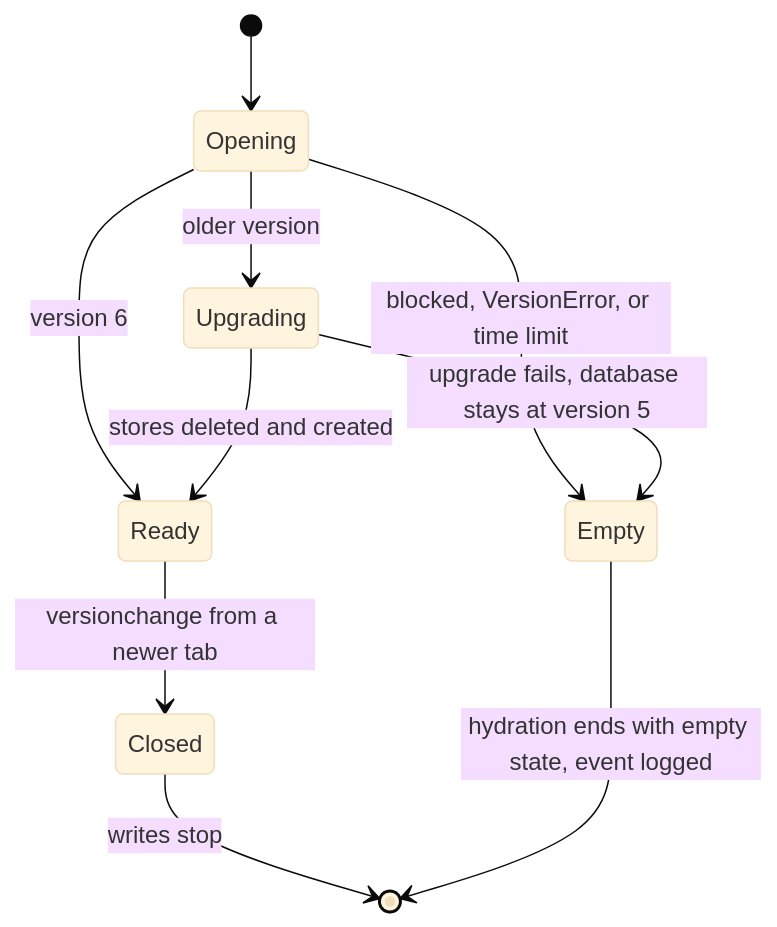
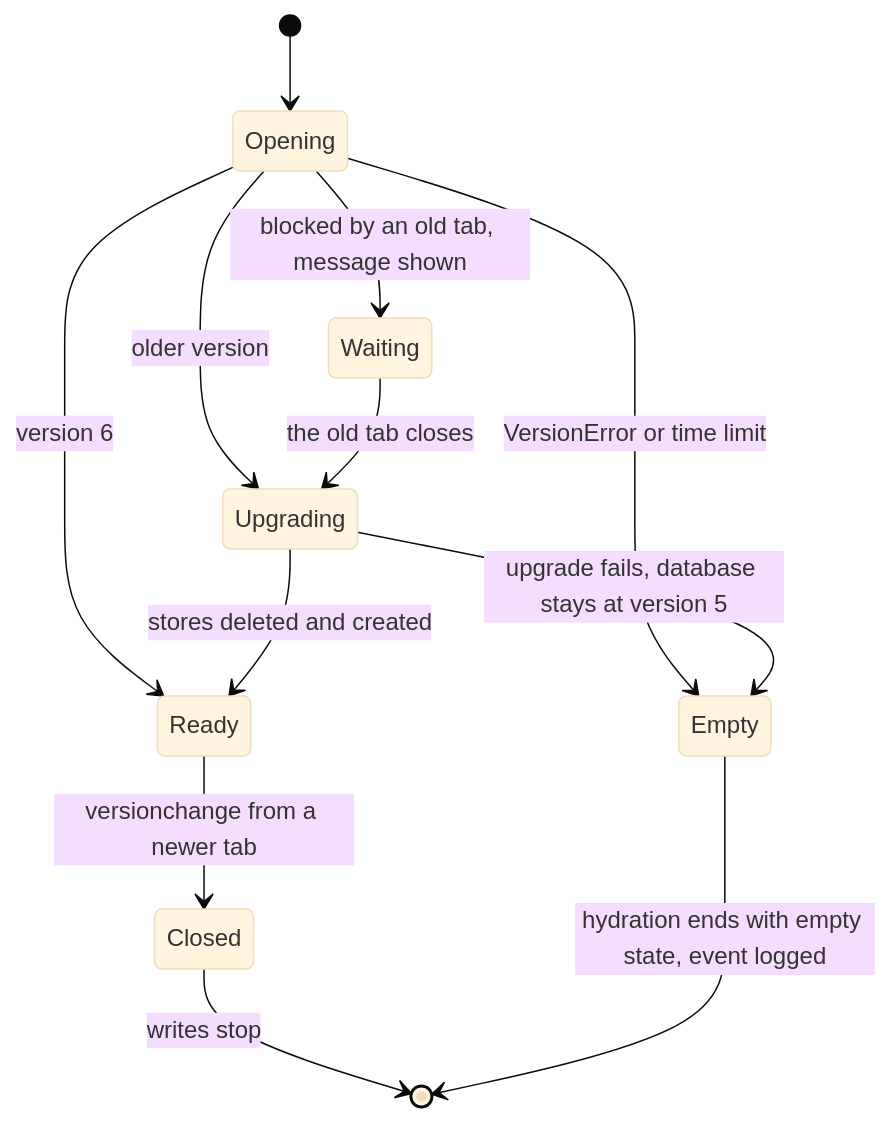
Before and after one commit to atdrago/pod-monster: the fifth of 5 diagrams in docs/plans/2026-10-18-2030-feat-support-native-urls-plan.md, drawn with Mermaid (base theme). The commit also changed other lines of this file and 1 other file, not shown here.

````diff
--- a/docs/plans/2026-10-18-2030-feat-support-native-urls-plan.md
+++ b/docs/plans/2026-10-18-2030-feat-support-native-urls-plan.md
@@ -372,12 +372,14 @@
 ```mermaid
 stateDiagram-v2
   [*] --> Opening
   Opening --> Upgrading: older version
   Opening --> Ready: version 6
   Upgrading --> Ready: stores deleted and created
-  Opening --> Empty: blocked, VersionError, or time limit
+  Opening --> Waiting: blocked by an old tab, message shown
+  Waiting --> Upgrading: the old tab closes
+  Opening --> Empty: VersionError or time limit
   Upgrading --> Empty: upgrade fails, database stays at version 5
   Ready --> Closed: versionchange from a newer tab
   Closed --> [*]: writes stop
   Empty --> [*]: hydration ends with empty state, event logged
 ```
````
